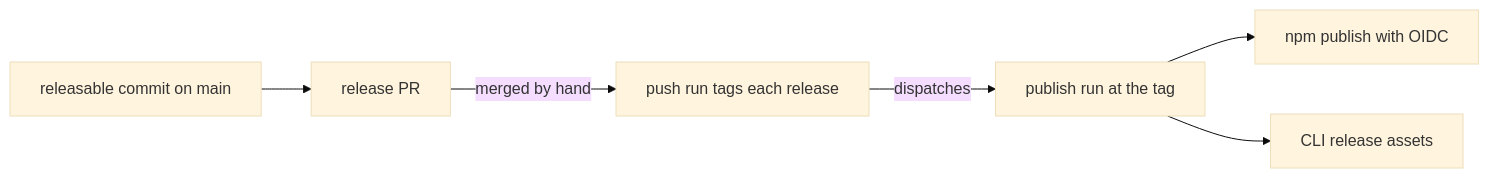
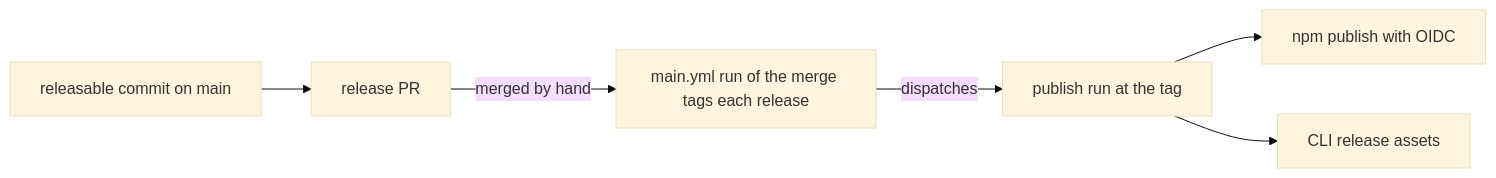
Before and after one commit to zgeoff/boxxy: the diagram in docs/architecture/repo/tech-stack.md, drawn with Mermaid (base theme). The commit also changed other lines of this file and 13 other files, not shown here.

Commit message:
docs: act on the cold reads of the architecture docs

````diff
--- a/docs/architecture/repo/tech-stack.md
+++ b/docs/architecture/repo/tech-stack.md
@@ -131,8 +147,8 @@
 ```mermaid
 flowchart LR
   land[releasable commit on main] --> pr[release PR]
-  pr -->|merged by hand| tag[push run tags each release]
+  pr -->|merged by hand| tag[main.yml run of the merge tags each release]
   tag -->|dispatches| publish[publish run at the tag]
   publish --> npm[npm publish with OIDC]
   publish --> assets[CLI release assets]
 ```
````
